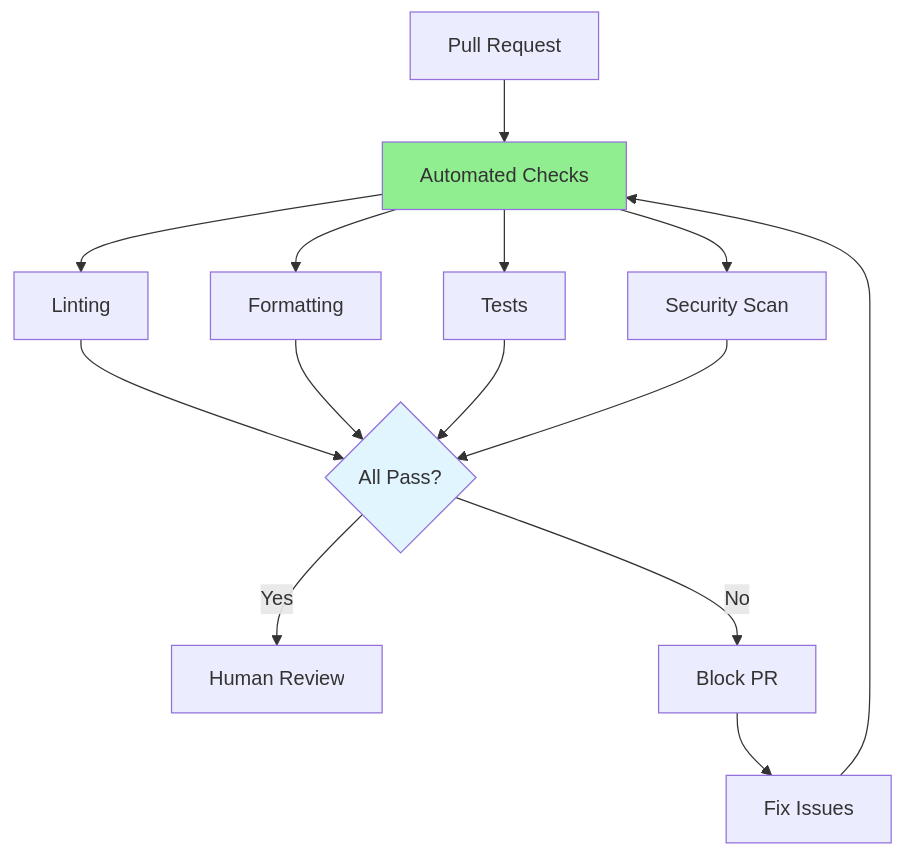
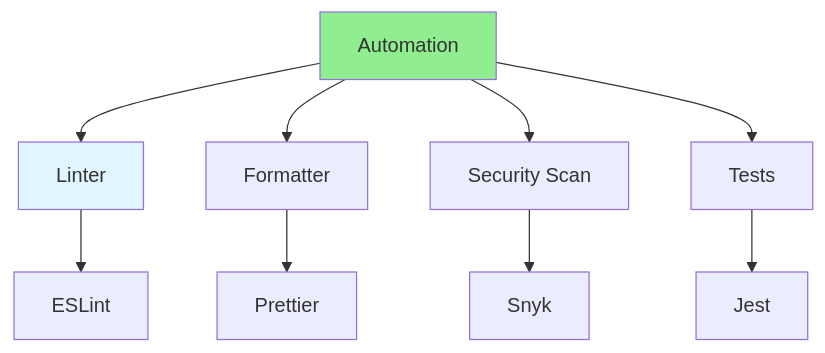
Before and after one commit to iouthnamain/tech-note: the diagram in Full-Stack-Guides/Group-08-Code-Review/08.13_Review_Automation.md, drawn with Mermaid. The commit also changed other lines of this file and 480 other files, not shown here.

````diff
--- a/Full-Stack-Guides/Group-08-Code-Review/08.13_Review_Automation.md
+++ b/Full-Stack-Guides/Group-08-Code-Review/08.13_Review_Automation.md
@@ -22,21 +22,15 @@
 ```mermaid
-flowchart TD
-    PR[Pull Request] --> Auto[Automated Checks]
-    Auto --> Lint[Linting]
-    Auto --> Format[Formatting]
-    Auto --> Test[Tests]
-    Auto --> Security[Security Scan]
+graph TD
+    Automation[Automation] --> Linter[Linter]
+    Automation --> Formatter[Formatter]
+    Automation --> Security[Security Scan]
+    Automation --> Tests[Tests]
     
-    Lint --> Pass{All Pass?}
-    Format --> Pass
-    Test --> Pass
-    Security --> Pass
+    Linter --> ESLint[ESLint]
+    Formatter --> Prettier[Prettier]
+    Security --> Snyk[Snyk]
+    Tests --> Jest[Jest]
     
-    Pass -->|Yes| Human[Human Review]
-    Pass -->|No| Block[Block PR]
-    Block --> Fix[Fix Issues]
-    Fix --> Auto
-    
-    style Auto fill:#90EE90
-    style Pass fill:#e1f5ff
+    style Automation fill:#90EE90
+    style Linter fill:#e1f5ff
 ```
````
